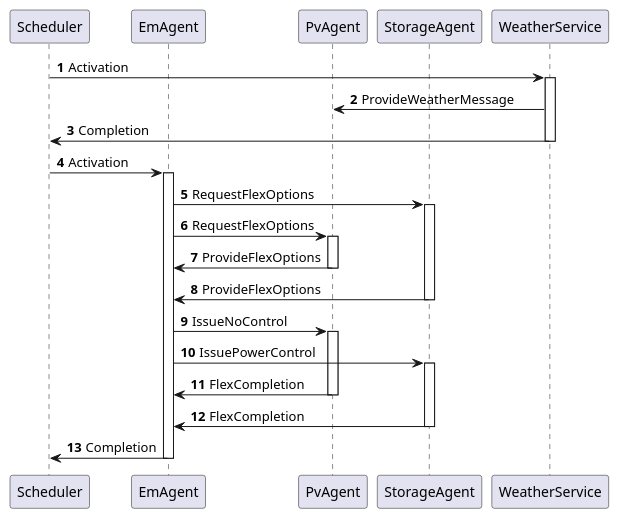
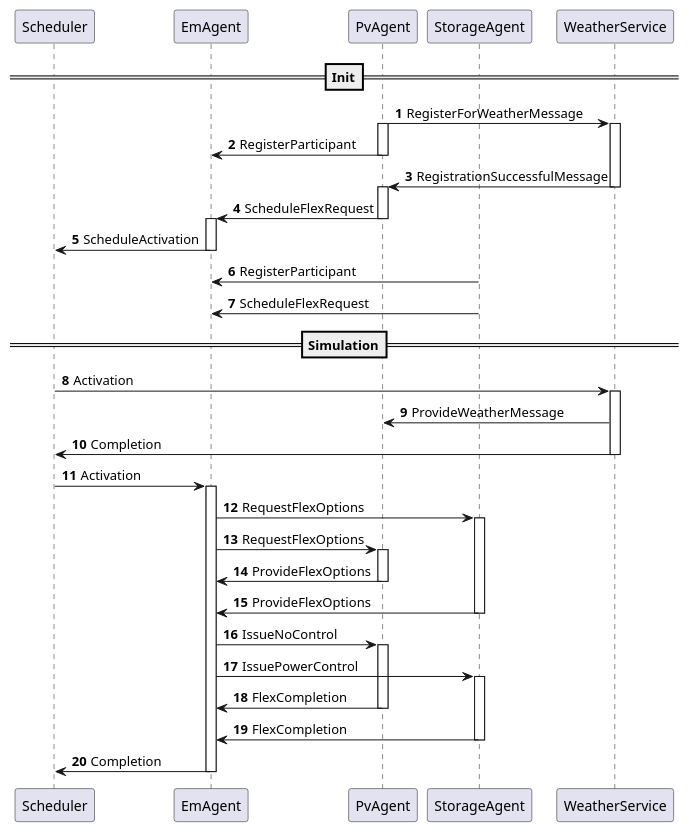
The diagram in docs/uml/protocol/em/UncontrolledEm.puml (ie3-institute/simona), drawn with PlantUML before and after one commit. The commit also changed 1 other file, not shown here.

```diff
--- a/docs/uml/protocol/em/UncontrolledEm.puml
+++ b/docs/uml/protocol/em/UncontrolledEm.puml
@@ -1,51 +1,74 @@
 @startuml
 'https://plantuml.com/sequence-diagram
 
 ' set fixed order
 participant Scheduler
 participant EmAgent
 participant PvAgent
 participant StorageAgent
 participant WeatherService
 
 autonumber
+
+==Init==
+
+PvAgent -> WeatherService: RegisterForWeatherMessage
+activate PvAgent
+activate WeatherService
+PvAgent -> EmAgent: RegisterParticipant
+deactivate PvAgent
+
+WeatherService -> PvAgent: RegistrationSuccessfulMessage
+deactivate WeatherService
+activate PvAgent
+PvAgent -> EmAgent: ScheduleFlexRequest
+deactivate PvAgent
+activate EmAgent
+
+EmAgent -> Scheduler: ScheduleActivation
+deactivate EmAgent
+
+StorageAgent -> EmAgent: RegisterParticipant
+StorageAgent -> EmAgent: ScheduleFlexRequest
+
+==Simulation==
 
 Scheduler -> WeatherService: Activation
 activate WeatherService
 
 WeatherService -> PvAgent: ProvideWeatherMessage
 
 WeatherService -> Scheduler: Completion
 deactivate WeatherService
 
 Scheduler -> EmAgent: Activation
 activate EmAgent
 
 EmAgent -> StorageAgent: RequestFlexOptions
 activate StorageAgent
 
 EmAgent -> PvAgent: RequestFlexOptions
 activate PvAgent
 
 PvAgent -> EmAgent: ProvideFlexOptions
 deactivate PvAgent
 
 StorageAgent -> EmAgent: ProvideFlexOptions
 deactivate StorageAgent
 
 EmAgent -> PvAgent: IssueNoControl
 activate PvAgent
 
 EmAgent -> StorageAgent: IssuePowerControl
 activate StorageAgent
 
 PvAgent -> EmAgent: FlexCompletion
 deactivate PvAgent
 
 StorageAgent -> EmAgent: FlexCompletion
 deactivate StorageAgent
 
 EmAgent -> Scheduler: Completion
 deactivate EmAgent
 
 @enduml
```
